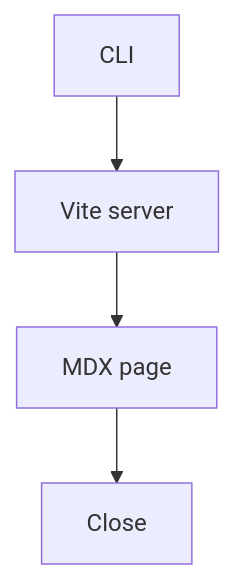
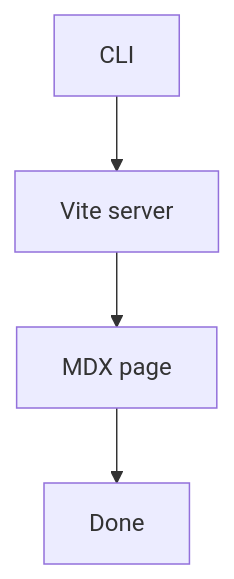
The second of 2 diagrams in packages/walkthrough/fixtures/sample.mdx (tanishqkancharla/halo-v2), drawn with Mermaid before and after one commit. The commit also changed other lines of this file and 4 other files, not shown here.

First line of the commit message:
Replace the walkthrough close control with a Done check button

````diff
--- a/packages/walkthrough/fixtures/sample.mdx
+++ b/packages/walkthrough/fixtures/sample.mdx
@@ -16,6 +16,6 @@
 ```mermaid
 flowchart TD
   A[CLI] --> B[Vite server]
   B --> C[MDX page]
-  C --> D[Close]
+  C --> D[Done]
 ```
````
